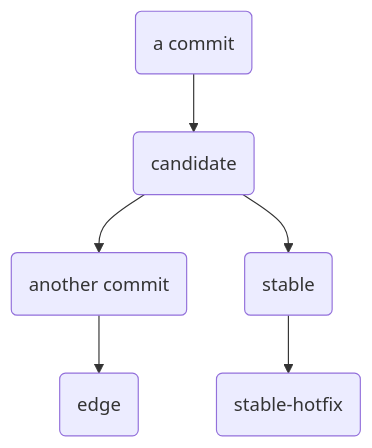
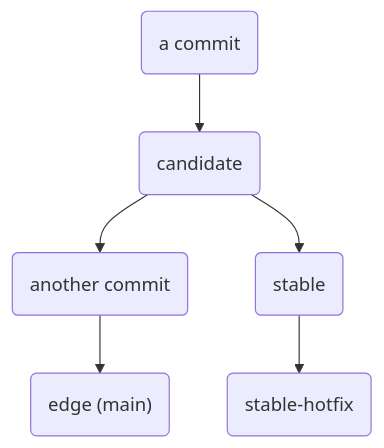
Before and after one commit to canonical/test_observer: the diagram in docs/explanation/release-management.rst, drawn with Mermaid.

Commit message:
chore: rename edge node

```diff
--- a/docs/explanation/release-management.rst
+++ b/docs/explanation/release-management.rst
@@ -8,10 +8,10 @@
 .. mermaid::
 
   flowchart TD
        previous_commit("a commit") --> candidate_commit
        candidate_commit("candidate") --> another_commit
        candidate_commit --> stable
        stable("stable") --> stable_hotfix
-       another_commit("another commit") --> edge
-       edge("edge")
+       another_commit("another commit") --> main
+       main("edge (main)")
        stable_hotfix(stable-hotfix)
```
